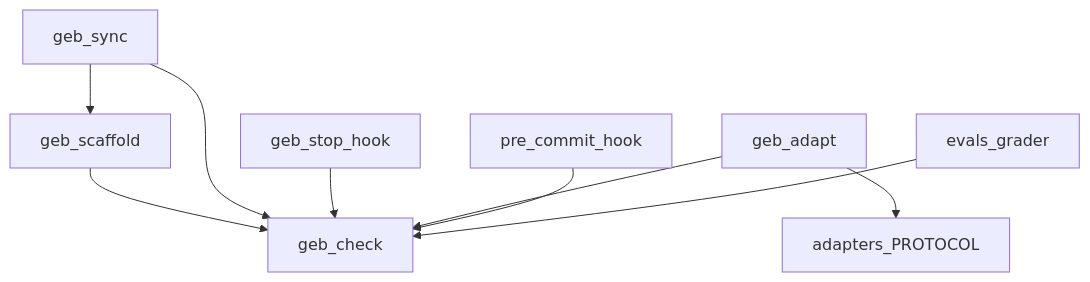
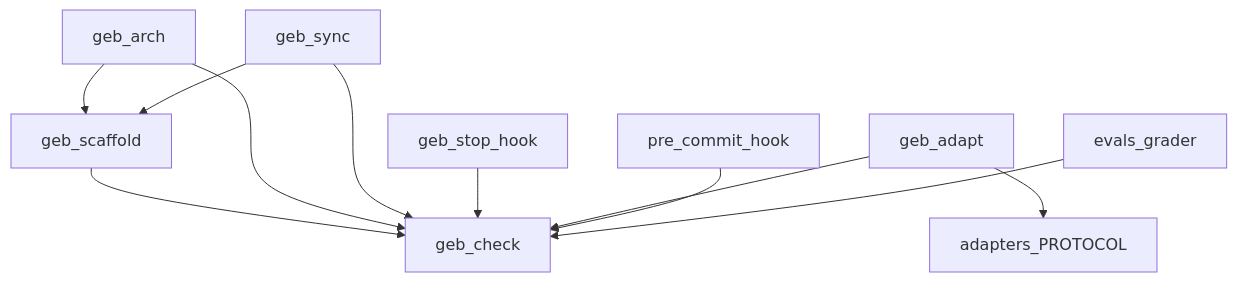
Before and after one commit to AaronXinzhian/fugue-docs: the diagram in PROJECT_INDEX.md, drawn with Mermaid. The commit also changed other lines of this file and 14 other files, not shown here.

````diff
--- a/PROJECT_INDEX.md
+++ b/PROJECT_INDEX.md
@@ -23,11 +23,13 @@
 ```mermaid
 graph TD
     geb_scaffold --> geb_check
+    geb_arch --> geb_check
+    geb_arch --> geb_scaffold
     geb_sync --> geb_check
     geb_sync --> geb_scaffold
     geb_stop_hook --> geb_check
     geb_adapt --> geb_check
     geb_adapt --> adapters_PROTOCOL
     pre_commit_hook --> geb_check
     evals_grader --> geb_check
 ```
````
